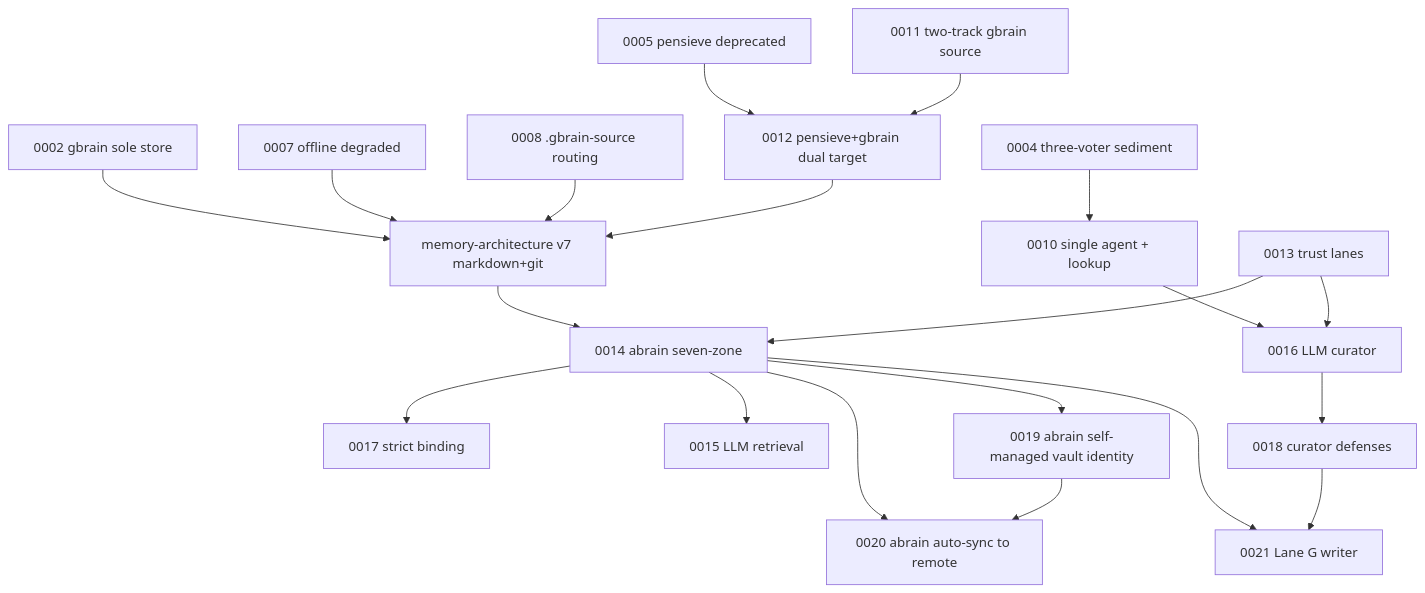
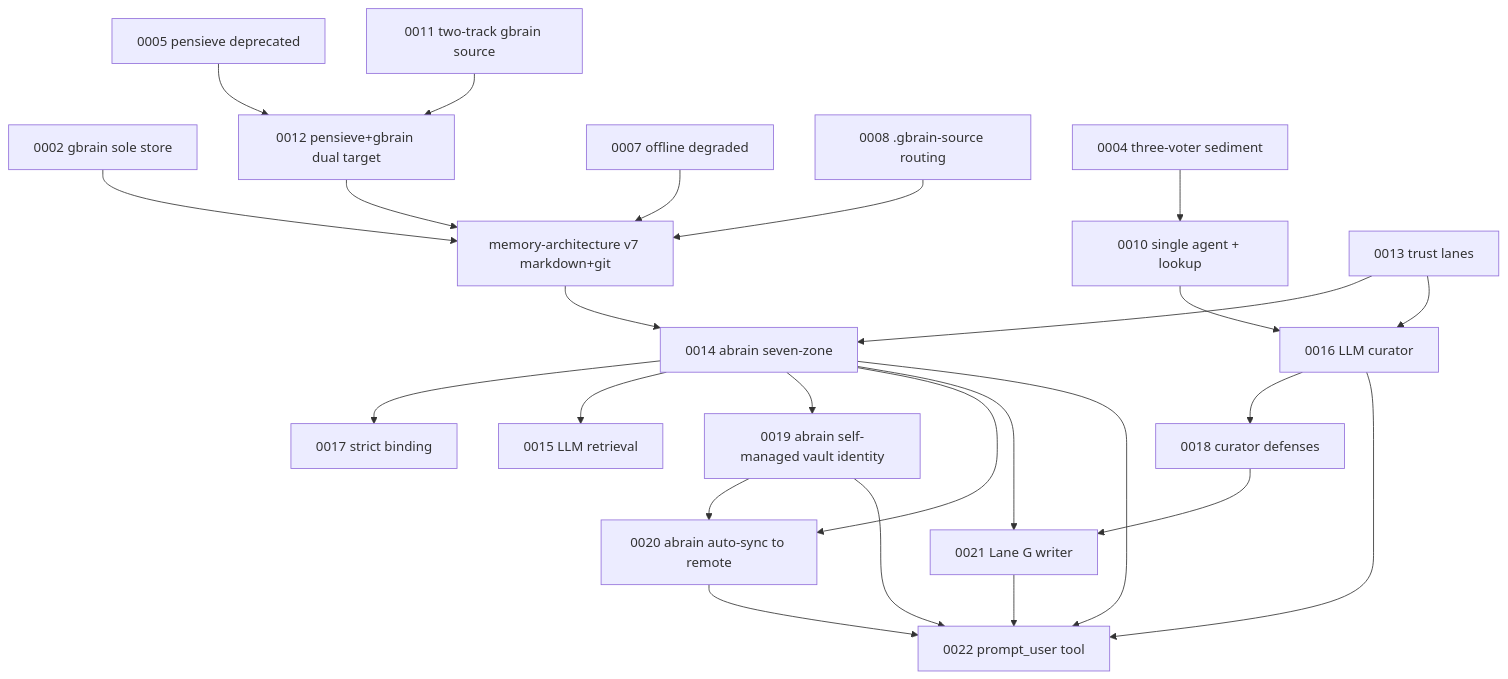
Before and after one commit to alfadb/pi-stack: the diagram in docs/adr/INDEX.md, drawn with Mermaid. The commit also changed other lines of this file and 1 other file, not shown here.

First paragraph of the commit message:
ADR 0022: prompt_user tool & vault_release UI substrate (R1-R4 multi-LLM audit, P0=0)
LLM-facing `prompt_user(...)` synchronous question tool (1-4 questions ×
2-4 options × single|multi|text|secret) that pauses the turn for user
decision and returns structured answers. Solves two problems:

````diff
--- a/docs/adr/INDEX.md
+++ b/docs/adr/INDEX.md
@@ -47,22 +48,27 @@
 ```mermaid
 graph TD
   A0002[0002 gbrain sole store] --> MARCH[memory-architecture v7 markdown+git]
   A0005[0005 pensieve deprecated] --> A0012[0012 pensieve+gbrain dual target]
   A0007[0007 offline degraded] --> MARCH
   A0008[0008 .gbrain-source routing] --> MARCH
   A0011[0011 two-track gbrain source] --> A0012
   A0012 --> MARCH
   A0004[0004 three-voter sediment] --> A0010[0010 single agent + lookup]
   A0010 --> A0016[0016 LLM curator]
   MARCH --> A0014[0014 abrain seven-zone]
   A0013[0013 trust lanes] --> A0014
   A0013 --> A0016
   A0014 --> A0017[0017 strict binding]
   A0014 --> A0015[0015 LLM retrieval]
   A0014 --> A0019[0019 abrain self-managed vault identity]
   A0014 --> A0020[0020 abrain auto-sync to remote]
   A0019 --> A0020
   A0014 --> A0021[0021 Lane G writer]
   A0018 --> A0021
   A0016 --> A0018[0018 curator defenses]
+  A0014 --> A0022[0022 prompt_user tool]
+  A0016 --> A0022
+  A0019 --> A0022
+  A0020 --> A0022
+  A0021 --> A0022
 ```
````
